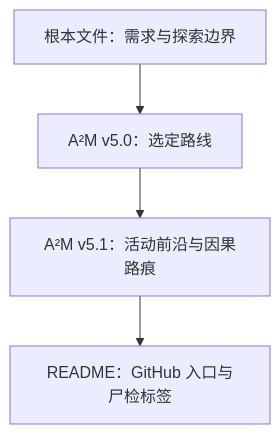
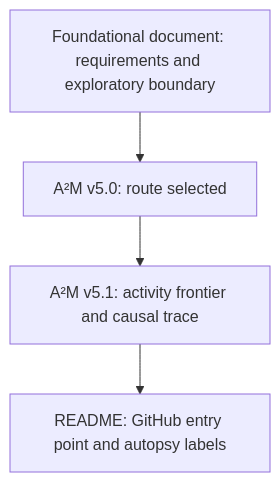
Before and after one commit to Keynes243/NSE-Manifold: the third of 3 diagrams in README.md, drawn with Mermaid. The commit also changed other lines of this file, not shown here.

````diff
--- a/README.md
+++ b/README.md
@@ -246,6 +245,6 @@
 ```mermaid
 flowchart TD
-    R["根本文件：需求与探索边界"] --> V50["A²M v5.0：选定路线"]
-    V50 --> V51["A²M v5.1：活动前沿与因果路痕"]
-    V51 --> RM["README：GitHub 入口与尸检标签"]
+    R["Foundational document: requirements and exploratory boundary"] --> V50["A²M v5.0: route selected"]
+    V50 --> V51["A²M v5.1: activity frontier and causal trace"]
+    V51 --> RM["README: GitHub entry point and autopsy labels"]
 ```
````
